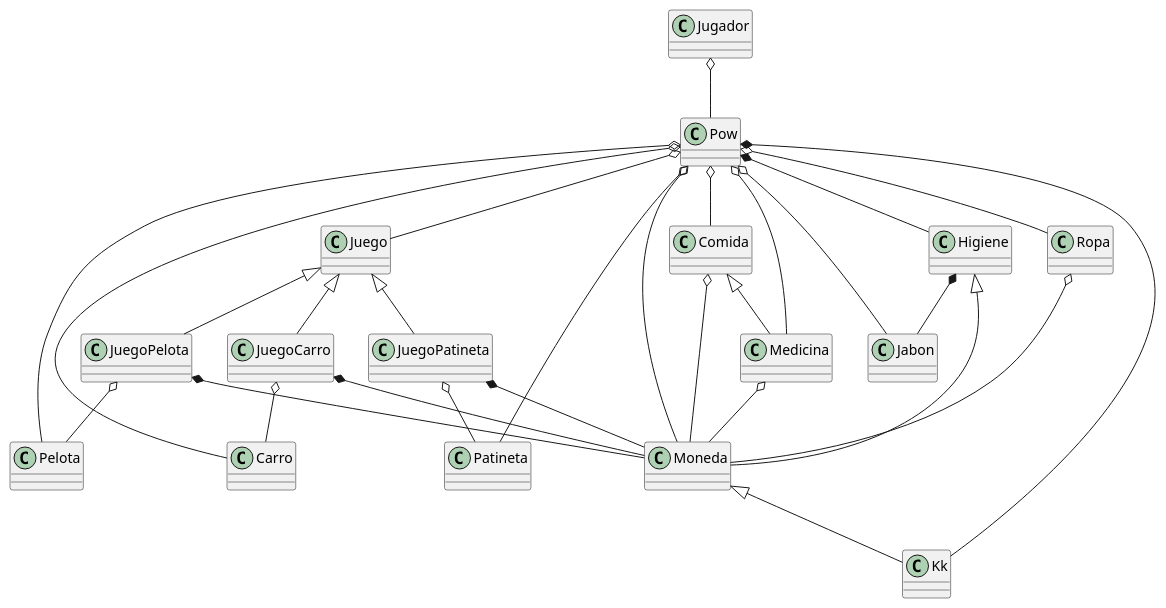
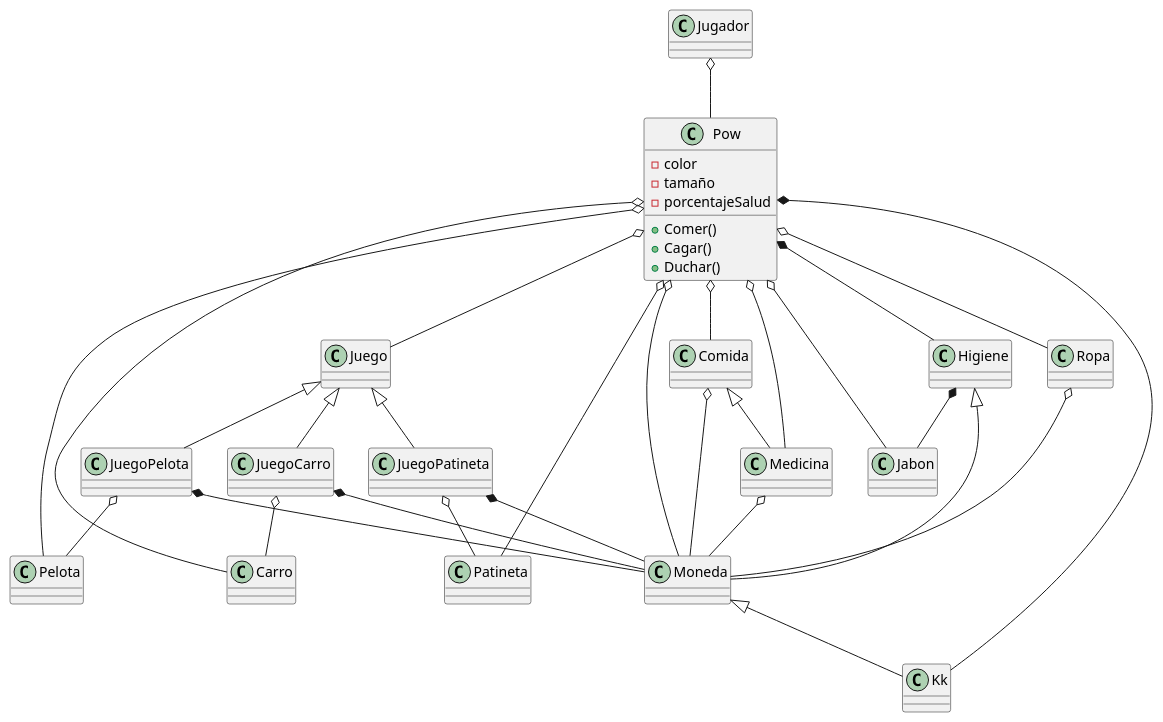
The diagram in docs/pow.puml (SpyBubbles/Hola-Mundo), drawn with PlantUML before and after one commit. The commit also changed 3 other files, not shown here.

```diff
--- a/docs/pow.puml
+++ b/docs/pow.puml
@@ -1,53 +1,60 @@
 @startuml pow
-class Pow
+class Pow {
+    -color
+    -tamaño
+    -porcentajeSalud
+    +Comer()
+    +Cagar()
+    +Duchar()
+}
 class Juego
 class JuegoPelota
 class JuegoCarro
 class JuegoPatineta
 class Pelota
 class Carro
 class Patineta
 class Kk
 class Medicina
 class Comida
 class Ropa
 class Higiene
 class Jabon
 class Moneda
 class Jugador
 
 'Usa...'
 Jugador o-- Pow
 Pow o-- Juego
 Pow o-- Ropa
 Pow o-- Moneda
 Pow o-- Medicina
 Pow o-- Carro
 Pow o-- Pelota
 Pow o-- Patineta
 Pow o-- Comida
 Pow o-- Jabon
 JuegoPelota o-- Pelota
 JuegoCarro o-- Carro
 JuegoPatineta o-- Patineta
 Medicina o-- Moneda
 Comida o-- Moneda
 Ropa o-- Moneda
 
 'Tiene...'
 Pow *-- Higiene
 Pow *-- Kk
 Higiene *-- Jabon
 JuegoCarro *-- Moneda
 JuegoPelota *-- Moneda
 JuegoPatineta *-- Moneda
 
 'Es un...'
 Moneda <|-- Kk
 Comida <|-- Medicina
 Juego <|-- JuegoCarro
 Juego <|--JuegoPelota
 Juego <|--JuegoPatineta
 Higiene <|-- Moneda
 
 @enduml
```
